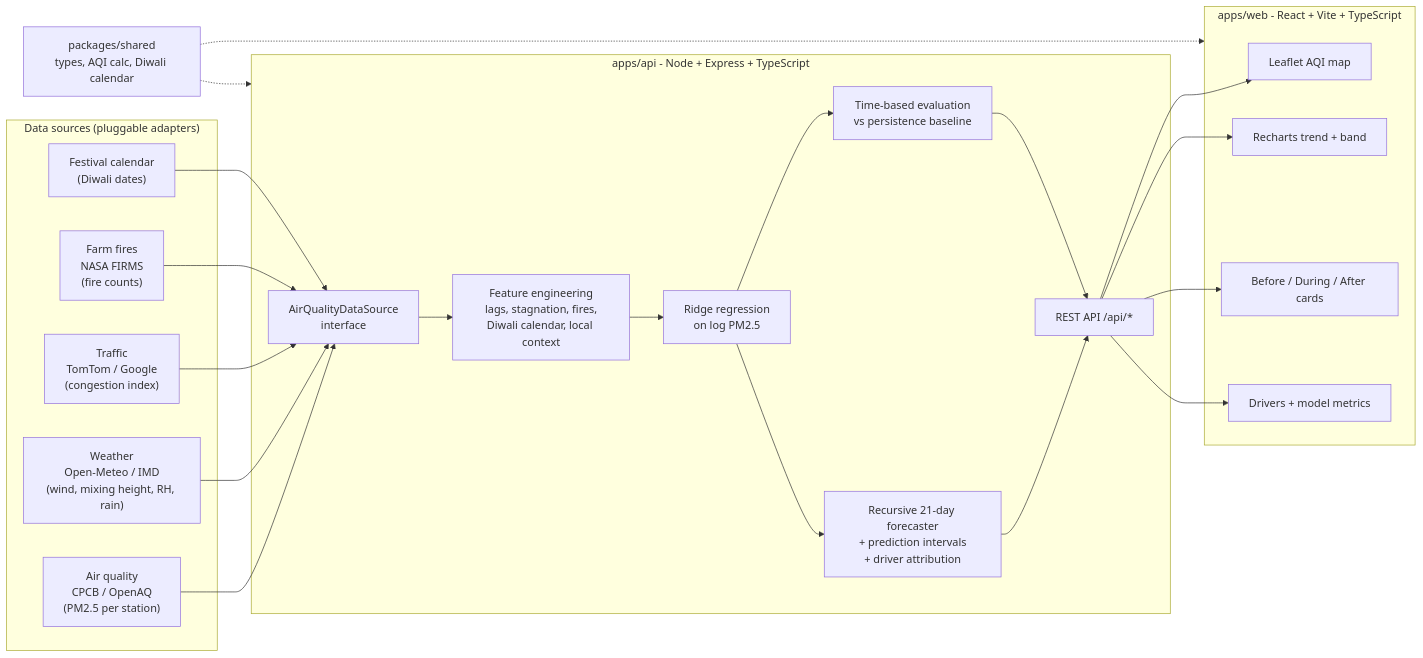
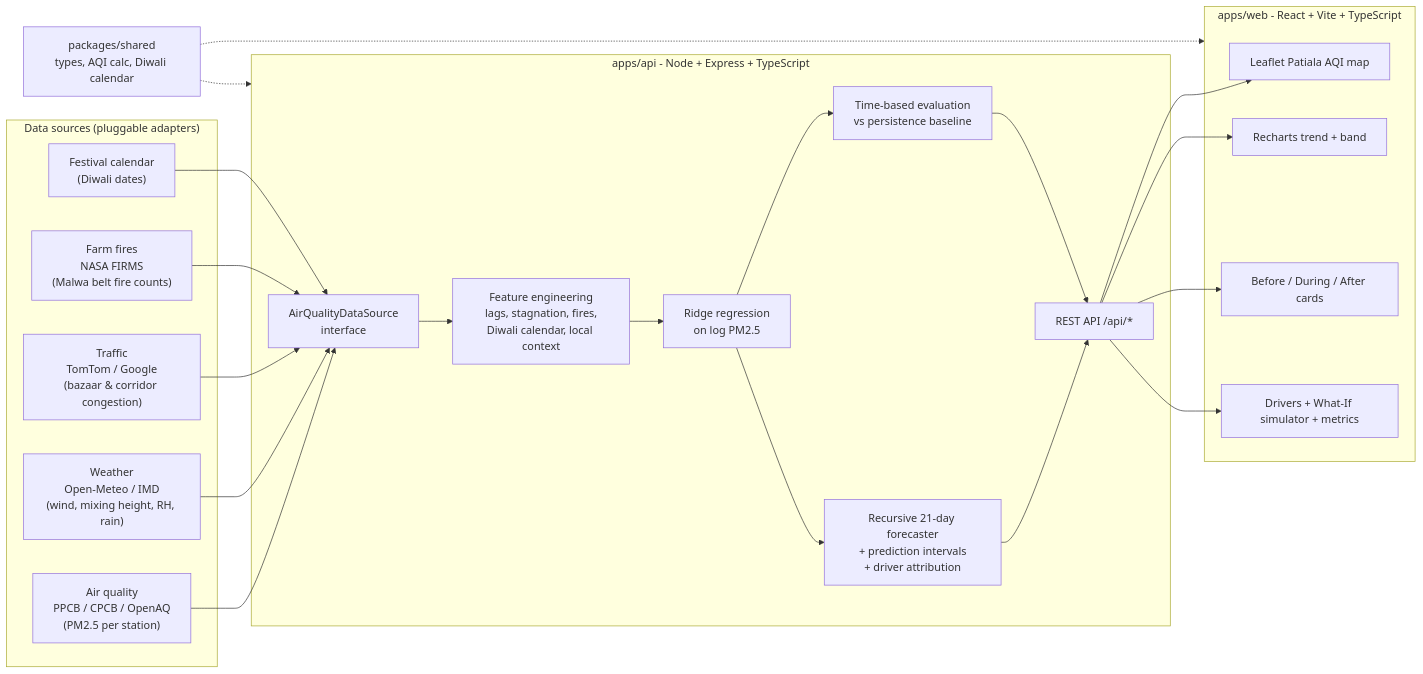
One commit to cockycaligula/rootaccess changed the diagram in README.md. Above: the diagram before and after it, drawn with Mermaid. The commit also changed other lines of this file, not shown here.

````diff
--- a/README.md
+++ b/README.md
@@ -30,31 +30,31 @@
 ```mermaid
 flowchart LR
   subgraph Sources["Data sources (pluggable adapters)"]
-    AQ["Air quality<br/>CPCB / OpenAQ<br/>(PM2.5 per station)"]
+    AQ["Air quality<br/>PPCB / CPCB / OpenAQ<br/>(PM2.5 per station)"]
     WX["Weather<br/>Open-Meteo / IMD<br/>(wind, mixing height, RH, rain)"]
-    TR["Traffic<br/>TomTom / Google<br/>(congestion index)"]
-    FR["Farm fires<br/>NASA FIRMS<br/>(fire counts)"]
+    TR["Traffic<br/>TomTom / Google<br/>(bazaar & corridor congestion)"]
+    FR["Farm fires<br/>NASA FIRMS<br/>(Malwa belt fire counts)"]
     CAL["Festival calendar<br/>(Diwali dates)"]
   end
 
   subgraph API["apps/api - Node + Express + TypeScript"]
     DS["AirQualityDataSource<br/>interface"]
     FE["Feature engineering<br/>lags, stagnation, fires,<br/>Diwali calendar, local context"]
     ML["Ridge regression<br/>on log PM2.5"]
     EV["Time-based evaluation<br/>vs persistence baseline"]
     FC["Recursive 21-day forecaster<br/>+ prediction intervals<br/>+ driver attribution"]
     REST["REST API /api/*"]
   end
 
   subgraph WEB["apps/web - React + Vite + TypeScript"]
-    MAP["Leaflet AQI map"]
+    MAP["Leaflet Patiala AQI map"]
     CH["Recharts trend + band"]
     OUT["Before / During / After cards"]
-    XAI["Drivers + model metrics"]
+    XAI["Drivers + What-If simulator + metrics"]
   end
 
   AQ & WX & TR & FR & CAL --> DS --> FE --> ML --> FC --> REST
   ML --> EV --> REST
   REST --> MAP & CH & OUT & XAI
   SH["packages/shared<br/>types, AQI calc, Diwali calendar"] -.-> API & WEB
 ```
````
